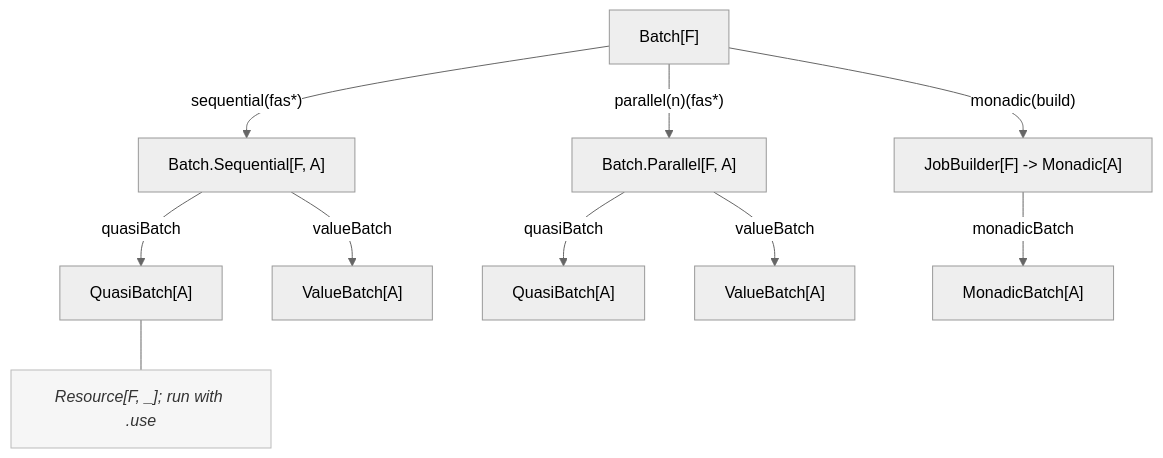
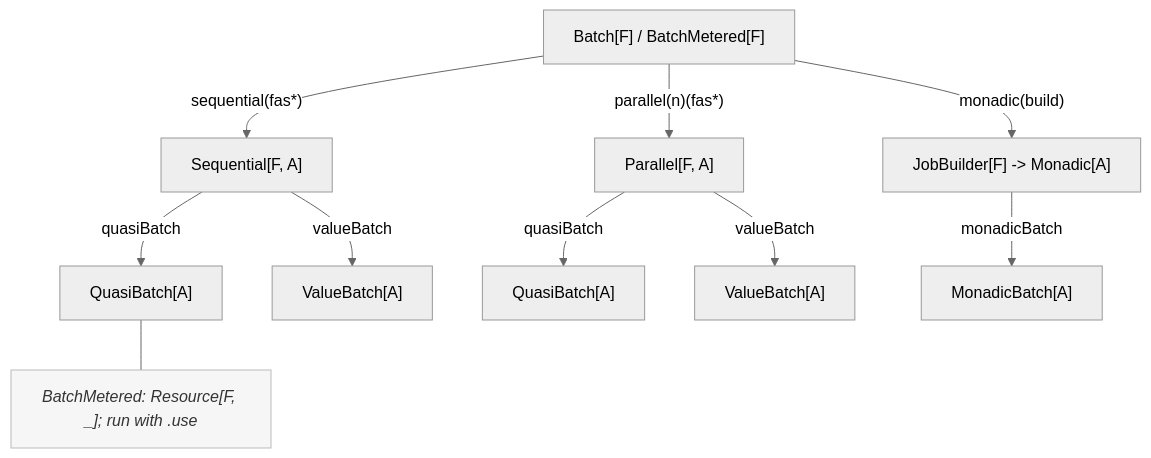
The first of 7 diagrams in guard/doc/README.md (chenharryhua/nanjin), drawn with Mermaid (neutral theme) before and after one commit. The commit also changed other lines of this file and 17 other files, not shown here.

````diff
--- a/guard/doc/README.md
+++ b/guard/doc/README.md
@@ -12,15 +16,15 @@
 ```mermaid
 flowchart TD
-    Batch["Batch[F]"] -->|"sequential(fas*)"| Seq["Batch.Sequential[F, A]"]
-    Batch -->|"parallel(n)(fas*)"| Par["Batch.Parallel[F, A]"]
+    Batch["Batch[F] / BatchMetered[F]"] -->|"sequential(fas*)"| Seq["Sequential[F, A]"]
+    Batch -->|"parallel(n)(fas*)"| Par["Parallel[F, A]"]
     Batch -->|"monadic(build)"| JB["JobBuilder[F] -> Monadic[A]"]
 
     Seq -->|quasiBatch| QSeq["QuasiBatch[A]"]
     Seq -->|valueBatch| VSeq["ValueBatch[A]"]
     Par -->|quasiBatch| QPar["QuasiBatch[A]"]
     Par -->|valueBatch| VPar["ValueBatch[A]"]
     JB  -->|monadicBatch| MB["MonadicBatch[A]"]
 
-    QSeq --- note1["Resource[F, _]; run with .use"]:::note
+    QSeq --- note1["BatchMetered: Resource[F, _]; run with .use"]:::note
     classDef note fill:#f6f6f6,stroke:#bbb,color:#333,font-style:italic;
 ```
````
